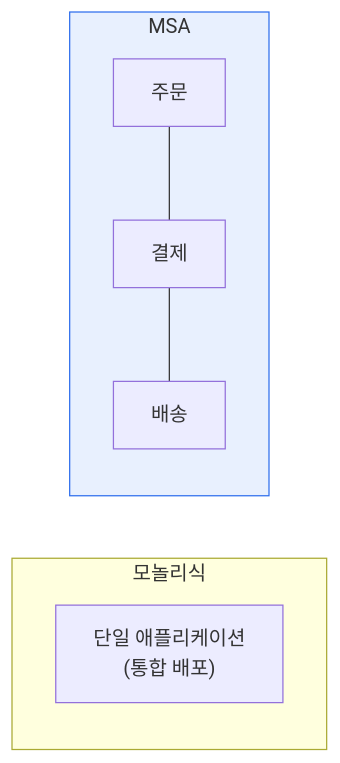
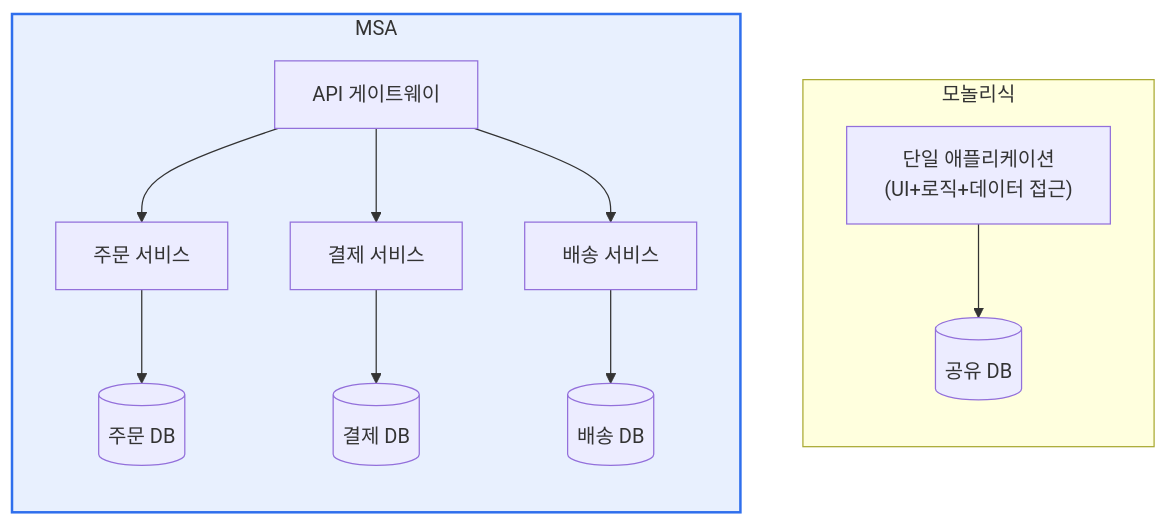
One commit to coninggu/wjdqhrhksflrltnftk changed the first of 2 diagrams in content/msa.md. Above: the diagram before and after it, drawn with Mermaid. The commit also changed other lines of this file and 3 other files, not shown here.

````diff
--- a/content/msa.md
+++ b/content/msa.md
@@ -21,10 +31,17 @@
 ```mermaid
-flowchart LR
-  subgraph M["모놀리식"]
-    MA["단일 애플리케이션<br/>(통합 배포)"]
+flowchart TB
+  subgraph MONO["모놀리식"]
+    direction TB
+    MA["단일 애플리케이션<br/>(UI+로직+데이터 접근)"] --> MDB[("공유 DB")]
   end
-  subgraph MS["MSA"]
-    S1[주문] --- S2[결제] --- S3[배송]
+  subgraph MICRO["MSA"]
+    direction TB
+    GW["API 게이트웨이"] --> S1["주문 서비스"]
+    GW --> S2["결제 서비스"]
+    GW --> S3["배송 서비스"]
+    S1 --> D1[("주문 DB")]
+    S2 --> D2[("결제 DB")]
+    S3 --> D3[("배송 DB")]
   end
-  style MS fill:#e8f0fe,stroke:#2f6fed
+  style MICRO fill:#e8f0fe,stroke:#2f6fed,stroke-width:2px
 ```
````
